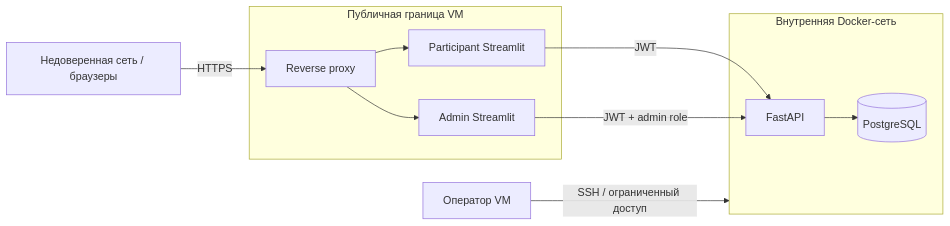
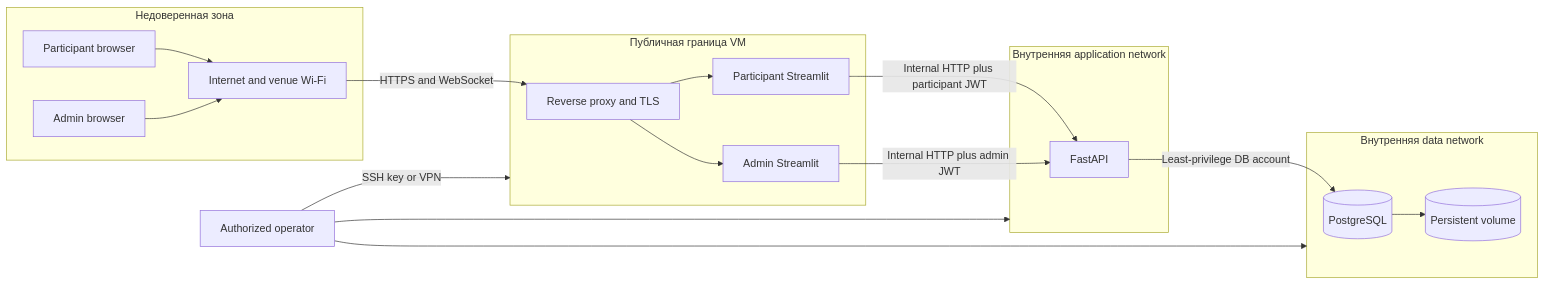
The first of 5 diagrams in docs/security.md (BigZet/AMLautosim), drawn with Mermaid before and after one commit. The commit also changed other lines of this file and 14 other files, not shown here.

````diff
--- a/docs/security.md
+++ b/docs/security.md
@@ -10,17 +20,35 @@
 ```mermaid
 flowchart LR
-    internet["Недоверенная сеть / браузеры"] -->|"HTTPS"| proxy["Reverse proxy"]
-
-    subgraph publicBoundary["Публичная граница VM"]
-        proxy --> participant["Participant Streamlit"]
-        proxy --> admin["Admin Streamlit"]
+    subgraph untrusted["Недоверенная зона"]
+        player["Participant browser"]
+        adminBrowser["Admin browser"]
+        internet["Internet and venue Wi-Fi"]
     end
 
-    subgraph trustedBoundary["Внутренняя Docker-сеть"]
-        participant -->|"JWT"| api["FastAPI"]
-        admin -->|"JWT + admin role"| api
-        api --> db[("PostgreSQL")]
+    subgraph edge["Публичная граница VM"]
+        proxy["Reverse proxy and TLS"]
+        participantUi["Participant Streamlit"]
+        adminUi["Admin Streamlit"]
     end
 
-    operator["Оператор VM"] -->|"SSH / ограниченный доступ"| trustedBoundary
+    subgraph app["Внутренняя application network"]
+        api["FastAPI"]
+    end
+
+    subgraph data["Внутренняя data network"]
+        db[("PostgreSQL")]
+        volume[("Persistent volume")]
+    end
+
+    player --> internet -->|"HTTPS and WebSocket"| proxy
+    adminBrowser --> internet
+    proxy --> participantUi
+    proxy --> adminUi
+    participantUi -->|"Internal HTTP plus participant JWT"| api
+    adminUi -->|"Internal HTTP plus admin JWT"| api
+    api -->|"Least-privilege DB account"| db
+    db --> volume
+    operator["Authorized operator"] -->|"SSH key or VPN"| edge
+    operator --> app
+    operator --> data
 ```
````
